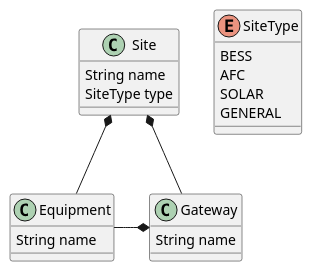
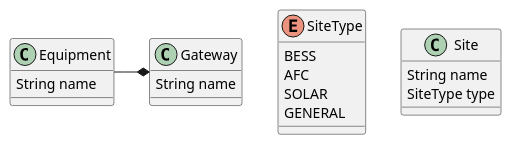
Before and after one commit to ubuntu11/learning-practice: the first of 2 diagrams in uml/SOM-99-class.puml, drawn with PlantUML.

Commit message:
remove relation between site and gateway/equipment

```diff
--- a/uml/SOM-99-class.puml
+++ b/uml/SOM-99-class.puml
@@ -1,23 +1,21 @@
 @startuml
 enum SiteType {
   BESS
   AFC
   SOLAR
   GENERAL
 }
 class Site {
   String name
   SiteType type
 }
 class Gateway {
   String name
 }
 class Equipment {
   String name
 }
 
 ' relation
-Site *-d- Gateway
-Site *-d- Equipment
 Gateway *-l- Equipment
 @enduml
```
